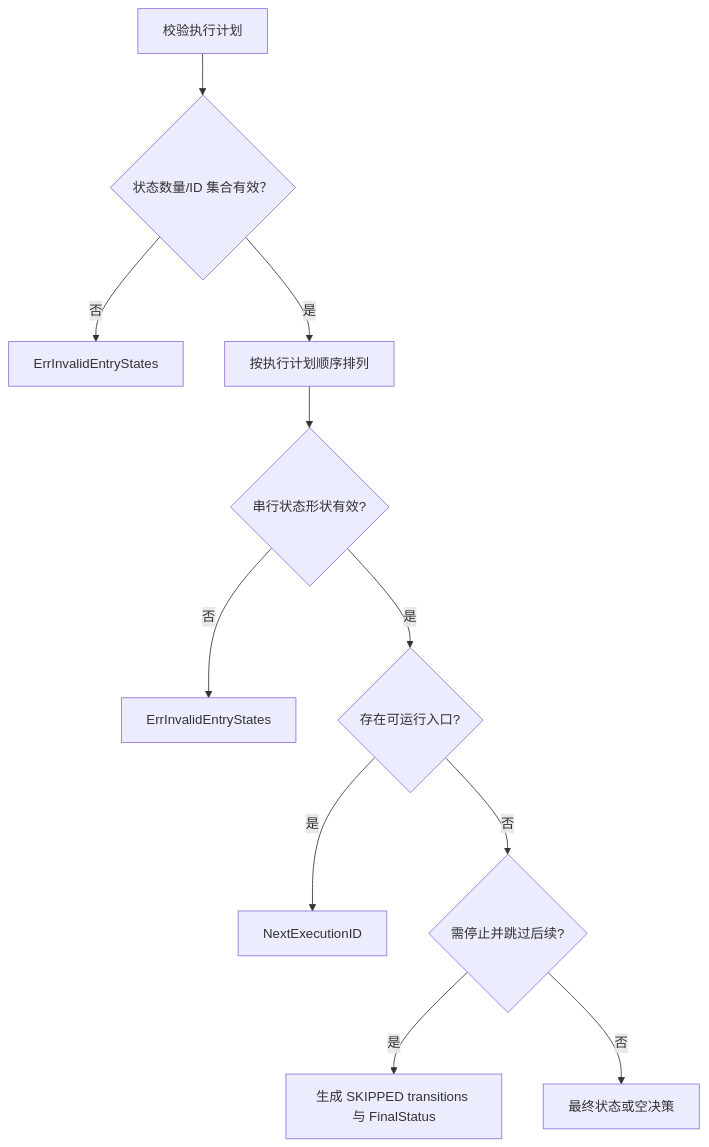
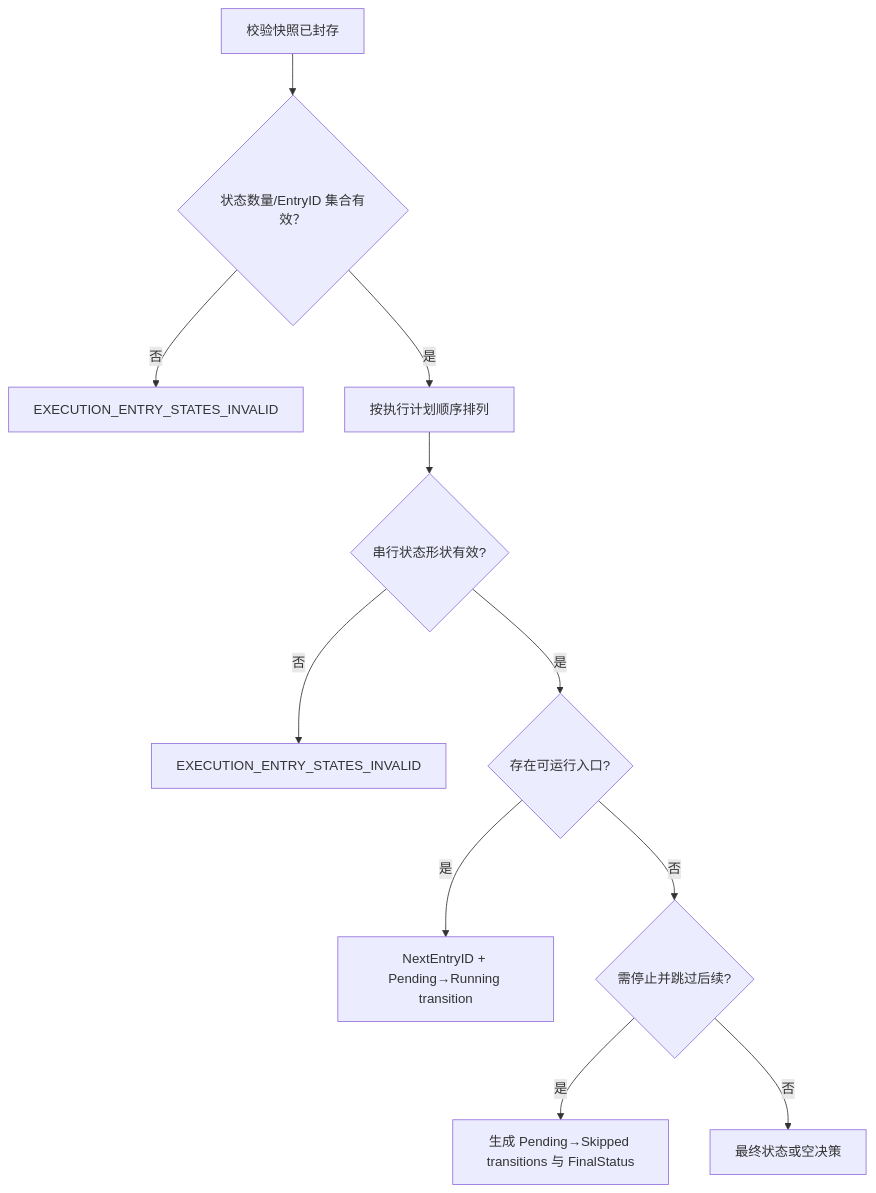
One commit to Capsule7446/healix-core changed the second of 2 diagrams in docs/application/scheduling/decide-next-entry.md. Above: the diagram before and after it, drawn with Mermaid. The commit also changed other lines of this file and 380 other files, not shown here.

````diff
--- a/docs/application/scheduling/decide-next-entry.md
+++ b/docs/application/scheduling/decide-next-entry.md
@@ -33,13 +46,13 @@
 ```mermaid
 flowchart TD
-    A[校验执行计划] --> B{状态数量/ID 集合有效？}
-    B -- 否 --> E1[ErrInvalidEntryStates]
+    A[校验快照已封存] --> B{状态数量/EntryID 集合有效？}
+    B -- 否 --> E1[EXECUTION_ENTRY_STATES_INVALID]
     B -- 是 --> C[按执行计划顺序排列]
     C --> D{串行状态形状有效?}
-    D -- 否 --> E2[ErrInvalidEntryStates]
+    D -- 否 --> E2[EXECUTION_ENTRY_STATES_INVALID]
     D -- 是 --> F{存在可运行入口?}
-    F -- 是 --> G[NextExecutionID]
+    F -- 是 --> G[NextEntryID + Pending→Running transition]
     F -- 否 --> H{需停止并跳过后续?}
-    H -- 是 --> I[生成 SKIPPED transitions 与 FinalStatus]
+    H -- 是 --> I[生成 Pending→Skipped transitions 与 FinalStatus]
     H -- 否 --> J[最终状态或空决策]
 ```
````
